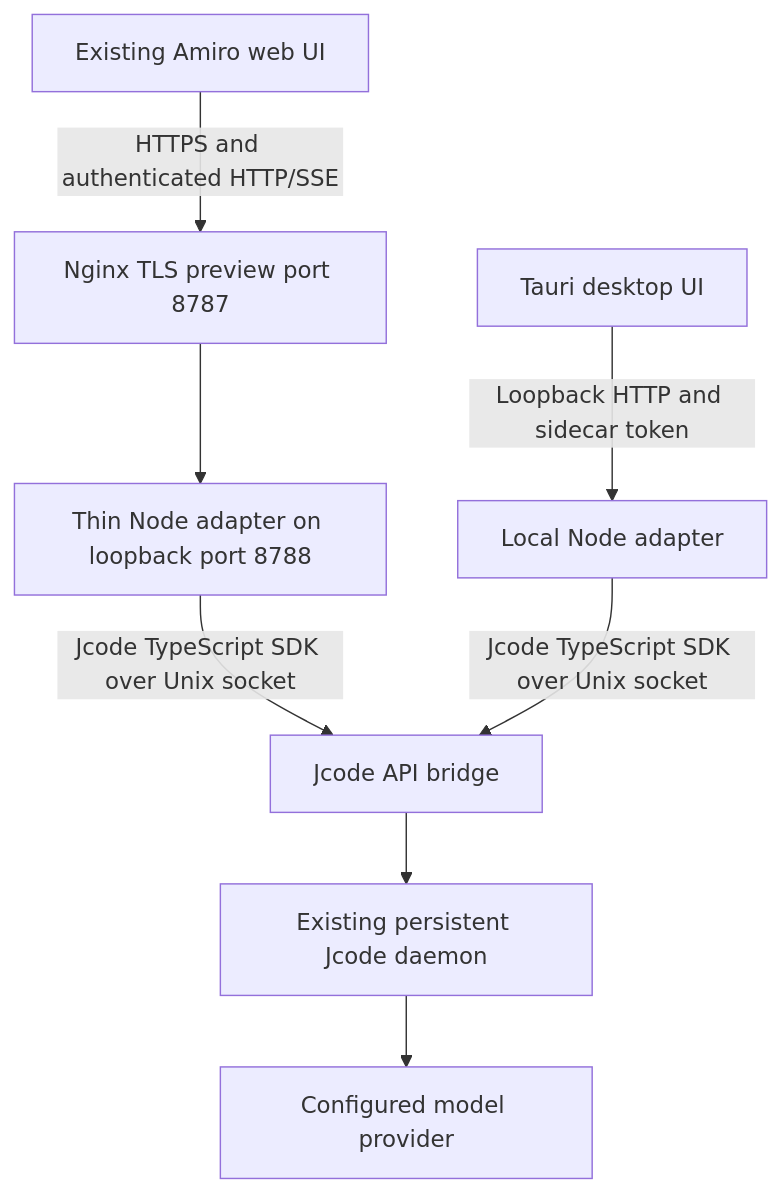
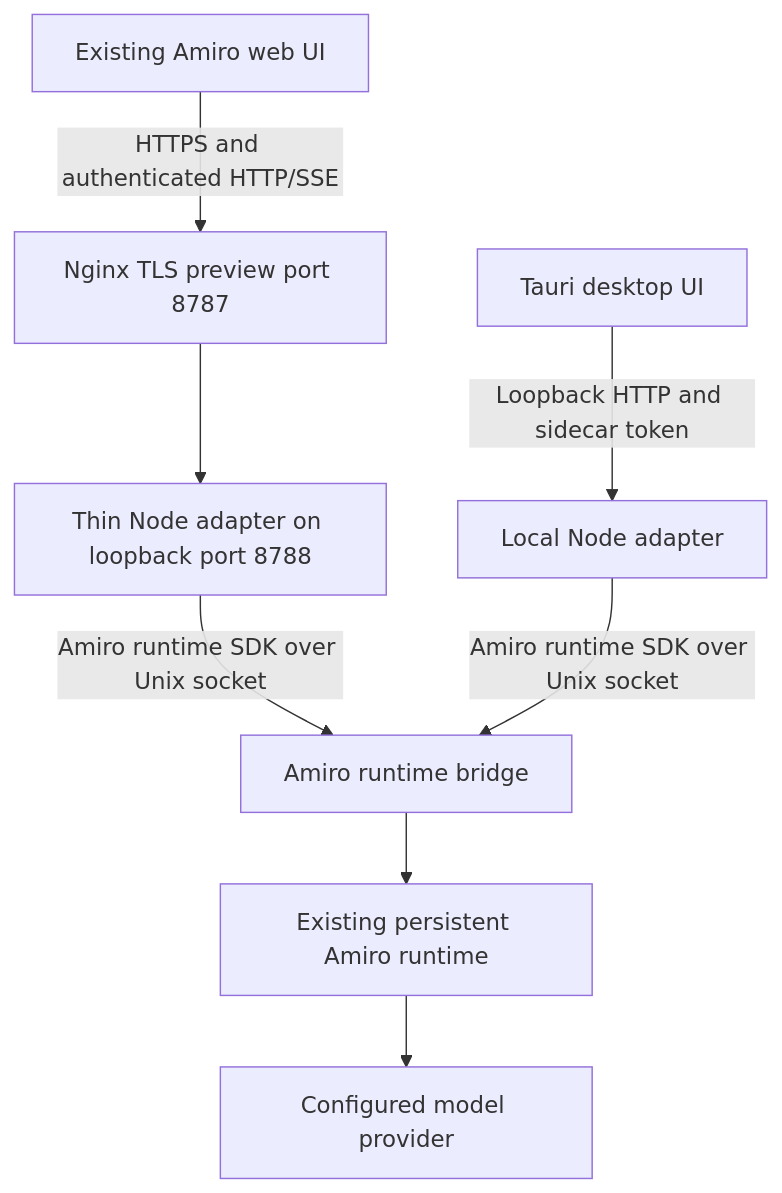
Before and after one commit to vallabha717/Amiro: the diagram in README.md, drawn with Mermaid. The commit also changed other lines of this file and 41 other files, not shown here.

First line of the commit message:
refactor(amiro): brand the adapter and scripts for the native runtime

````diff
--- a/README.md
+++ b/README.md
@@ -28,10 +36,10 @@
 ```mermaid
 flowchart TD
     W[Existing Amiro web UI] -->|HTTPS and authenticated HTTP/SSE| N[Nginx TLS preview port 8787]
     N --> A[Thin Node adapter on loopback port 8788]
     D[Tauri desktop UI] -->|Loopback HTTP and sidecar token| L[Local Node adapter]
-    A -->|Jcode TypeScript SDK over Unix socket| B[Jcode API bridge]
-    L -->|Jcode TypeScript SDK over Unix socket| B
-    B --> J[Existing persistent Jcode daemon]
+    A -->|Amiro runtime SDK over Unix socket| B[Amiro runtime bridge]
+    L -->|Amiro runtime SDK over Unix socket| B
+    B --> J[Existing persistent Amiro runtime]
     J --> P[Configured model provider]
 ```
````
